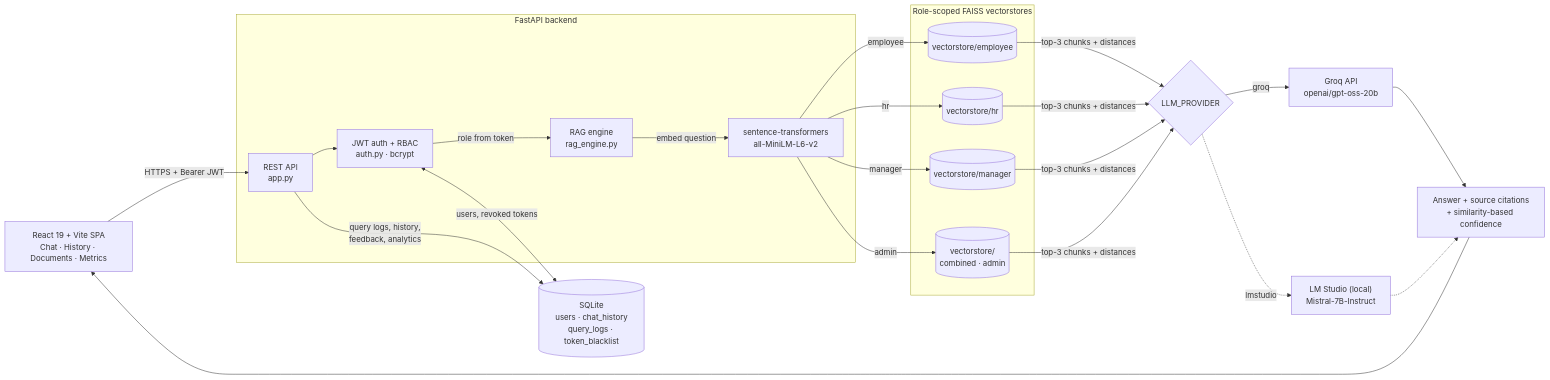
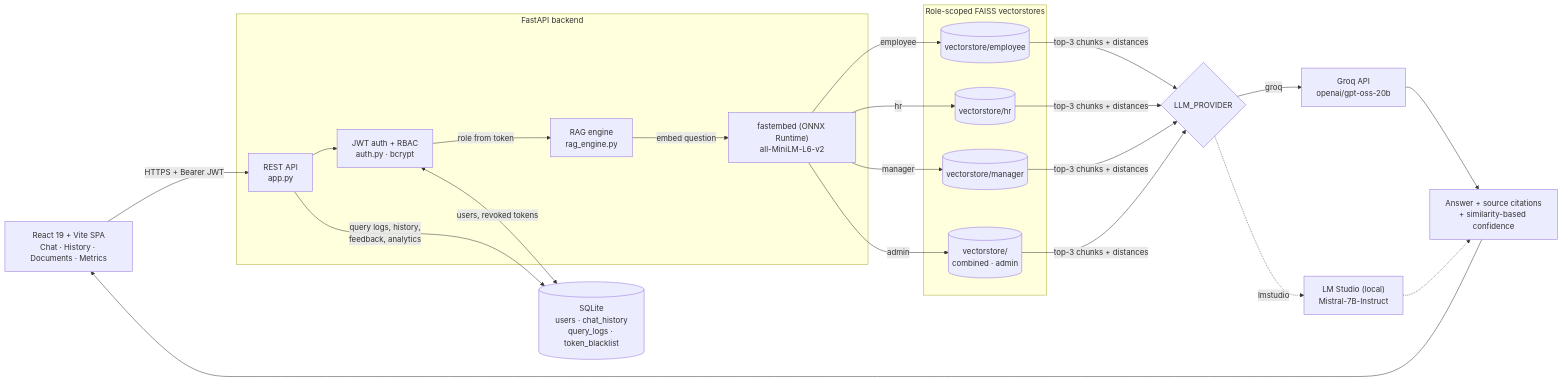
Before and after one commit to GOPIKA-BTECH23/enterprise-rag-assistant: the first of 4 diagrams in README.md, drawn with Mermaid. The commit also changed other lines of this file and 13 other files, not shown here.

````diff
--- a/README.md
+++ b/README.md
@@ -57,42 +60,42 @@
 ```mermaid
 flowchart LR
     UI["React 19 + Vite SPA<br/>Chat · History · Documents · Metrics"]
 
     subgraph Backend["FastAPI backend"]
         API["REST API<br/>app.py"]
         AUTH["JWT auth + RBAC<br/>auth.py · bcrypt"]
         RAG["RAG engine<br/>rag_engine.py"]
-        EMB["sentence-transformers<br/>all-MiniLM-L6-v2"]
+        EMB["fastembed (ONNX Runtime)<br/>all-MiniLM-L6-v2"]
     end
 
     subgraph Stores["Role-scoped FAISS vectorstores"]
         VE[("vectorstore/employee")]
         VH[("vectorstore/hr")]
         VM[("vectorstore/manager")]
         VA[("vectorstore/<br/>combined · admin")]
     end
 
     LLM{"LLM_PROVIDER"}
     GROQ["Groq API<br/>openai/gpt-oss-20b"]
     LMS["LM Studio (local)<br/>Mistral-7B-Instruct"]
     DB[("SQLite<br/>users · chat_history<br/>query_logs · token_blacklist")]
     OUT["Answer + source citations<br/>+ similarity-based confidence"]
 
     UI -->|"HTTPS + Bearer JWT"| API
     API --> AUTH
     AUTH -->|"role from token"| RAG
     RAG -->|"embed question"| EMB
     EMB -->|employee| VE
     EMB -->|hr| VH
     EMB -->|manager| VM
     EMB -->|admin| VA
     VE & VH & VM & VA -->|"top-3 chunks + distances"| LLM
     LLM -->|groq| GROQ
     LLM -.->|lmstudio| LMS
     GROQ --> OUT
     LMS -.-> OUT
     OUT --> UI
 
     AUTH <-->|"users, revoked tokens"| DB
     API -->|"query logs, history,<br/>feedback, analytics"| DB
 ```
````
